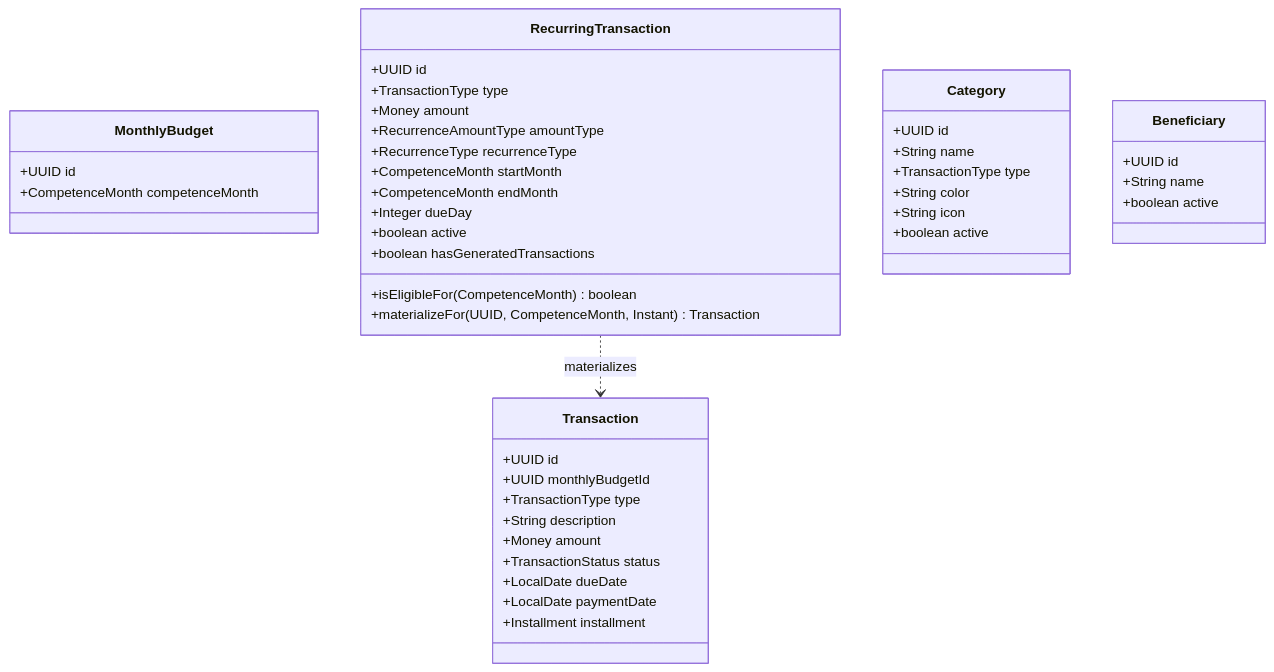
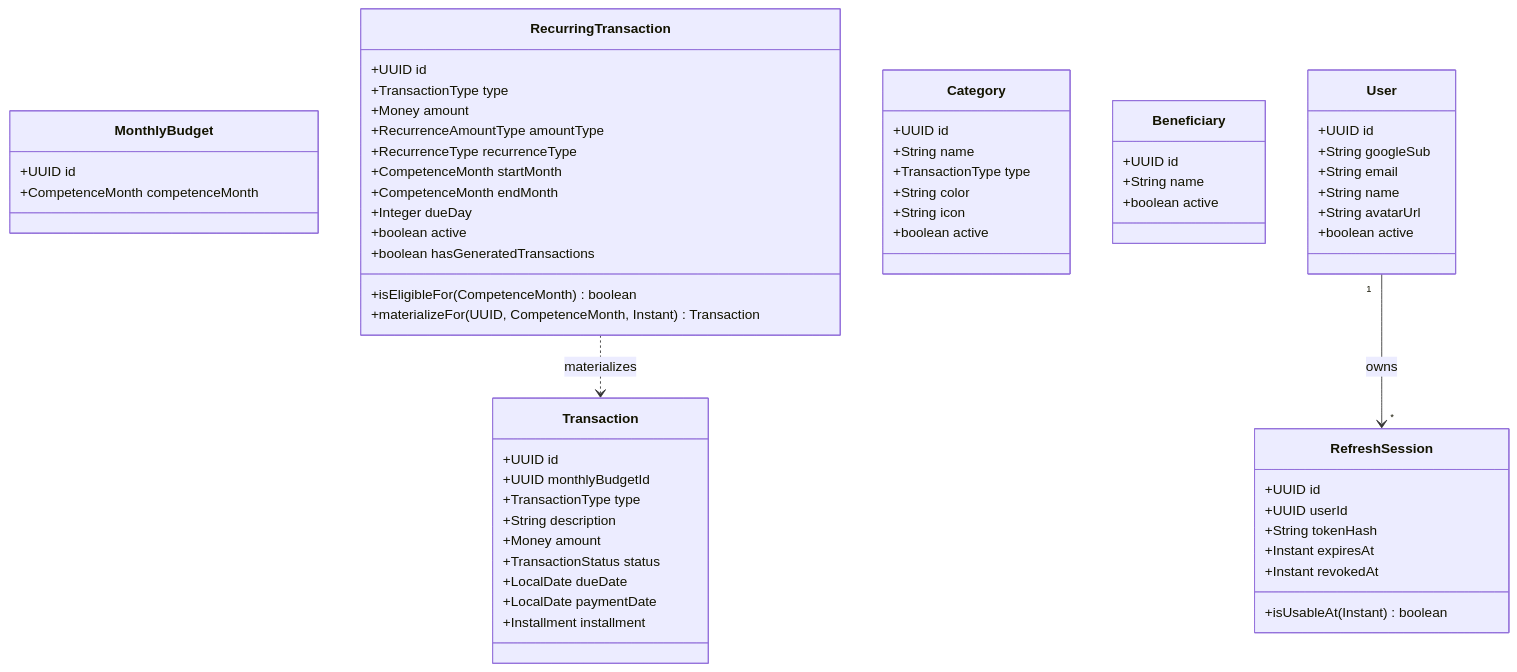
The first of 3 diagrams in docs/modelo-dominio-e-dados.md (tiaggofg/lumo-app), drawn with Mermaid before and after one commit. The commit also changed other lines of this file and 92 other files, not shown here.

````diff
--- a/docs/modelo-dominio-e-dados.md
+++ b/docs/modelo-dominio-e-dados.md
@@ -5,46 +5,63 @@
 ```mermaid
 classDiagram
   class MonthlyBudget {
     +UUID id
     +CompetenceMonth competenceMonth
   }
   class Transaction {
     +UUID id
     +UUID monthlyBudgetId
     +TransactionType type
     +String description
     +Money amount
     +TransactionStatus status
     +LocalDate dueDate
     +LocalDate paymentDate
     +Installment installment
   }
   class RecurringTransaction {
     +UUID id
     +TransactionType type
     +Money amount
     +RecurrenceAmountType amountType
     +RecurrenceType recurrenceType
     +CompetenceMonth startMonth
     +CompetenceMonth endMonth
     +Integer dueDay
     +boolean active
     +boolean hasGeneratedTransactions
     +isEligibleFor(CompetenceMonth) boolean
     +materializeFor(UUID, CompetenceMonth, Instant) Transaction
   }
   class Category {
     +UUID id
     +String name
     +TransactionType type
     +String color
     +String icon
     +boolean active
   }
   class Beneficiary {
     +UUID id
     +String name
     +boolean active
   }
+  class User {
+    +UUID id
+    +String googleSub
+    +String email
+    +String name
+    +String avatarUrl
+    +boolean active
+  }
+  class RefreshSession {
+    +UUID id
+    +UUID userId
+    +String tokenHash
+    +Instant expiresAt
+    +Instant revokedAt
+    +isUsableAt(Instant) boolean
+  }
   RecurringTransaction ..> Transaction : materializes
+  User "1" --> "*" RefreshSession : owns
 ```
````
